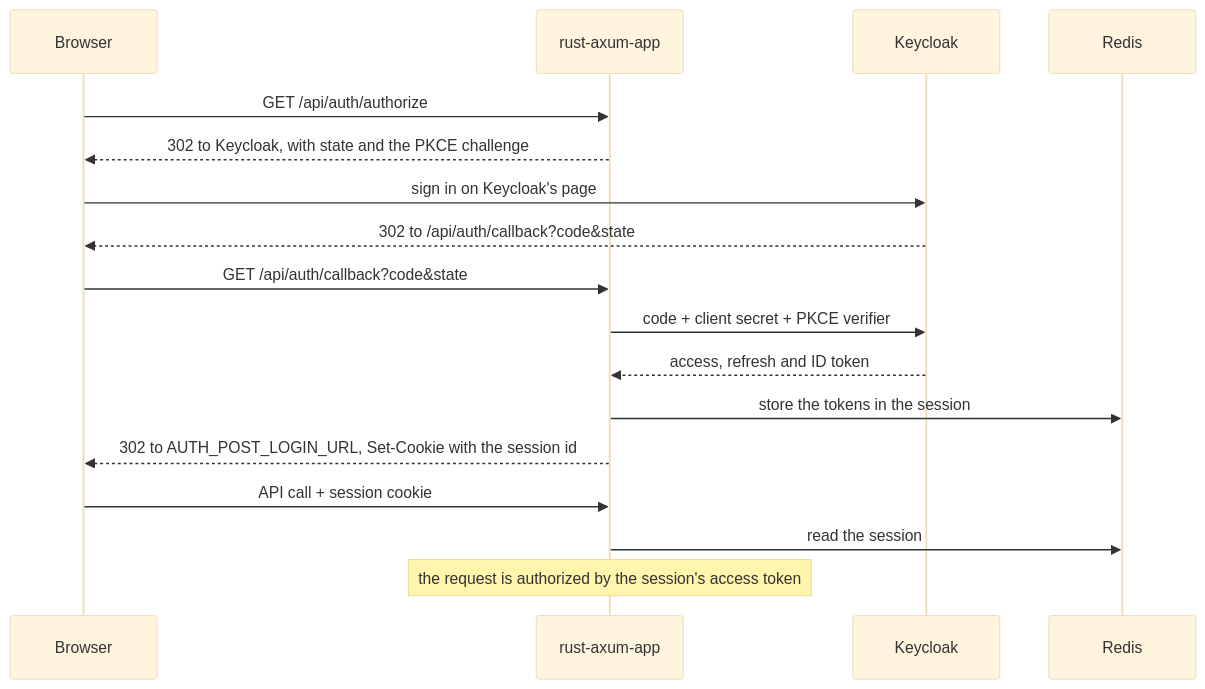
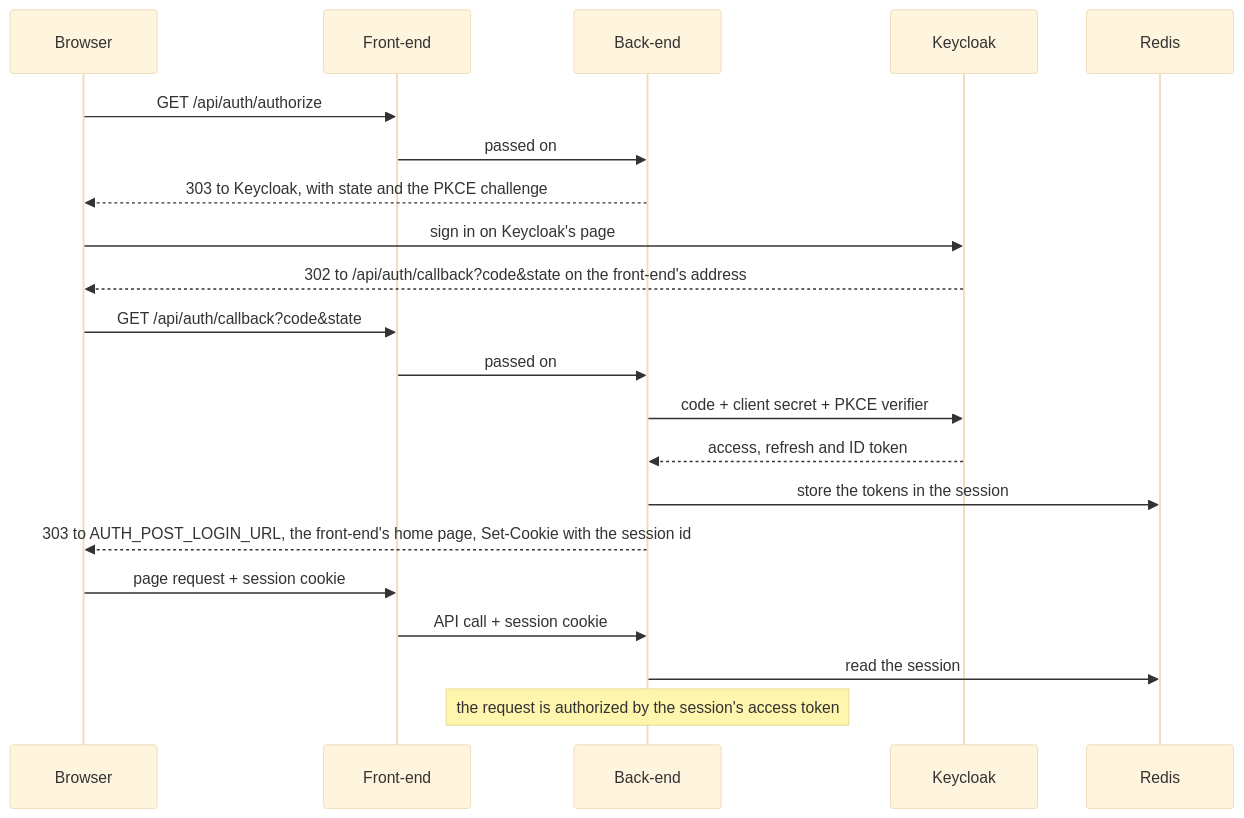
The diagram in docs/authentication.md (vertyll/rust-axum-app), drawn with Mermaid (base theme) before and after one commit. The commit also changed other lines of this file and 305 other files, not shown here.

Commit message:
feat: add a Topcoat front-end and move the back-end into backend/

````diff
--- a/docs/authentication.md
+++ b/docs/authentication.md
@@ -9,20 +11,24 @@
 ```mermaid
 sequenceDiagram
     participant B as Browser
-    participant A as rust-axum-app
+    participant F as Front-end
+    participant A as Back-end
     participant K as Keycloak
     participant R as Redis
 
-    B->>A: GET /api/auth/authorize
-    A-->>B: 302 to Keycloak, with state and the PKCE challenge
+    B->>F: GET /api/auth/authorize
+    F->>A: passed on
+    A-->>B: 303 to Keycloak, with state and the PKCE challenge
     B->>K: sign in on Keycloak's page
-    K-->>B: 302 to /api/auth/callback?code&state
-    B->>A: GET /api/auth/callback?code&state
+    K-->>B: 302 to /api/auth/callback?code&state on the front-end's address
+    B->>F: GET /api/auth/callback?code&state
+    F->>A: passed on
     A->>K: code + client secret + PKCE verifier
     K-->>A: access, refresh and ID token
     A->>R: store the tokens in the session
-    A-->>B: 302 to AUTH_POST_LOGIN_URL, Set-Cookie with the session id
-    B->>A: API call + session cookie
+    A-->>B: 303 to AUTH_POST_LOGIN_URL, the front-end's home page, Set-Cookie with the session id
+    B->>F: page request + session cookie
+    F->>A: API call + session cookie
     A->>R: read the session
     Note over A: the request is authorized by the session's access token
 ```
````
